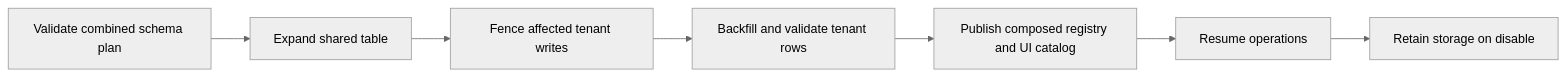
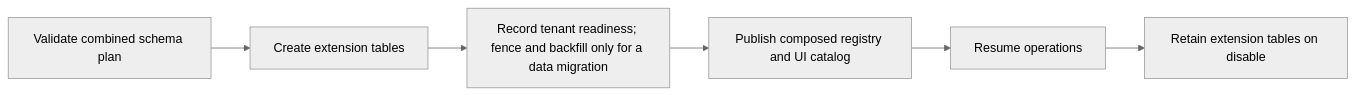
The third of 3 diagrams in docs/ERP-MODELS.md (leaderiop/Bridger), drawn with Mermaid (neutral theme) before and after one commit. The commit also changed other lines of this file and 7 other files, not shown here.

First line of the commit message:
Store extension fields in extension tables, never in the base table

````diff
--- a/docs/ERP-MODELS.md
+++ b/docs/ERP-MODELS.md
@@ -181,9 +182,8 @@
 ```mermaid
 flowchart LR
-    Plan[Validate combined schema plan] --> Expand[Expand shared table]
-    Expand --> Fence[Fence affected tenant writes]
-    Fence --> Backfill[Backfill and validate tenant rows]
-    Backfill --> Publish[Publish composed registry and UI catalog]
+    Plan[Validate combined schema plan] --> Expand[Create extension tables]
+    Expand --> Ready[Record tenant readiness; fence and backfill only for a data migration]
+    Ready --> Publish[Publish composed registry and UI catalog]
     Publish --> Resume[Resume operations]
-    Resume --> Retain[Retain storage on disable]
+    Resume --> Retain[Retain extension tables on disable]
 ```
````
